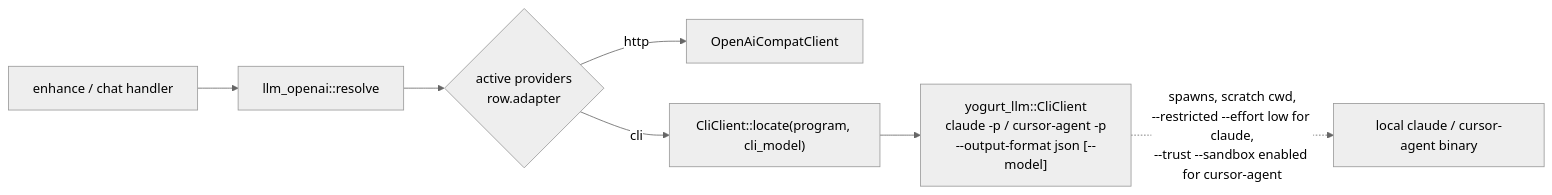
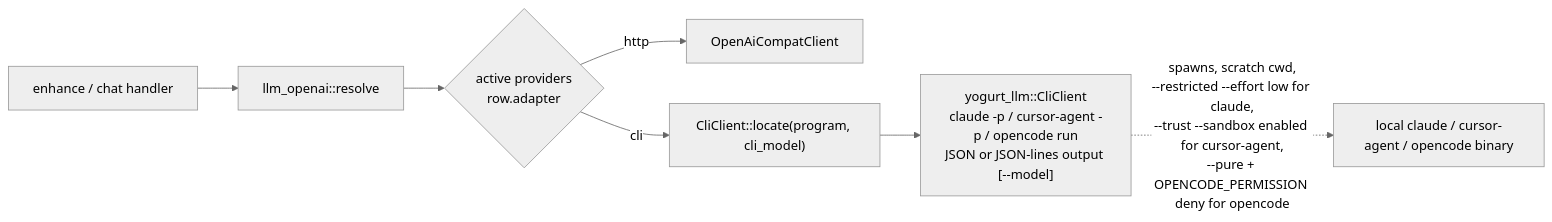
Before and after one commit to jarvisrchen/yogurt: the ninth of 12 diagrams in docs/ARCHITECTURE.md, drawn with Mermaid (neutral theme). The commit also changed other lines of this file and 10 other files, not shown here.

````diff
--- a/docs/ARCHITECTURE.md
+++ b/docs/ARCHITECTURE.md
@@ -551,9 +551,9 @@
 ```mermaid
 graph LR
     ENH2["enhance / chat handler"] --> RES["llm_openai::resolve"]
     RES --> ROW{"active providers<br/>row.adapter"}
     ROW -->|"http"| PRIM["OpenAiCompatClient"]
     ROW -->|"cli"| DIRECT["CliClient::locate(program, cli_model)"]
-    DIRECT --> CLI["yogurt_llm::CliClient<br/>claude -p / cursor-agent -p<br/>--output-format json [--model]"]
-    CLI -.->|"spawns, scratch cwd,<br/>--restricted --effort low for claude,<br/>--trust --sandbox enabled for cursor-agent"| BIN["local claude / cursor-agent binary"]
+    DIRECT --> CLI["yogurt_llm::CliClient<br/>claude -p / cursor-agent -p / opencode run<br/>JSON or JSON-lines output [--model]"]
+    CLI -.->|"spawns, scratch cwd,<br/>--restricted --effort low for claude,<br/>--trust --sandbox enabled for cursor-agent,<br/>--pure + OPENCODE_PERMISSION deny for opencode"| BIN["local claude / cursor-agent / opencode binary"]
 ```
````
